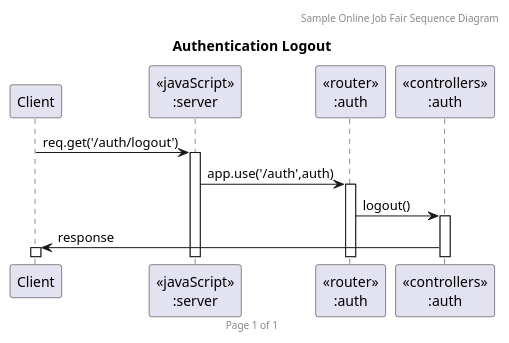
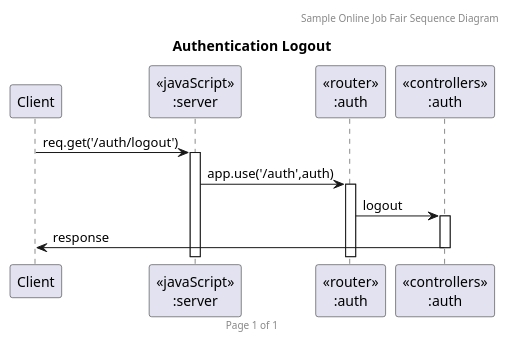
One commit to armernuntiya/SWDevI changed the diagram in PlantUML/JobFairSequenceAuthLogout.puml. Above: the diagram before and after it, drawn with PlantUML. The commit also changed 14 other files, not shown here.

Commit message:
Edit:diagram puml

```diff
--- a/PlantUML/JobFairSequenceAuthLogout.puml
+++ b/PlantUML/JobFairSequenceAuthLogout.puml
@@ -1,17 +1,17 @@
 @startuml Manage Authentication
 
 header Sample Online Job Fair Sequence Diagram
 footer Page %page% of %lastpage%
 title "Authentication Logout"
 
 participant "Client" as client
 participant "<<javaScript>>\n:server" as server
 participant "<<router>>\n:auth" as routerUser
 participant "<<controllers>>\n:auth" as controllersUser
 
 client->server ++:req.get('/auth/logout')
 server->routerUser ++:app.use('/auth',auth)
-routerUser -> controllersUser ++:logout()
-controllersUser -> client ++:response
+routerUser -> controllersUser ++:logout
+controllersUser -> client --:response
 
 @enduml
```
